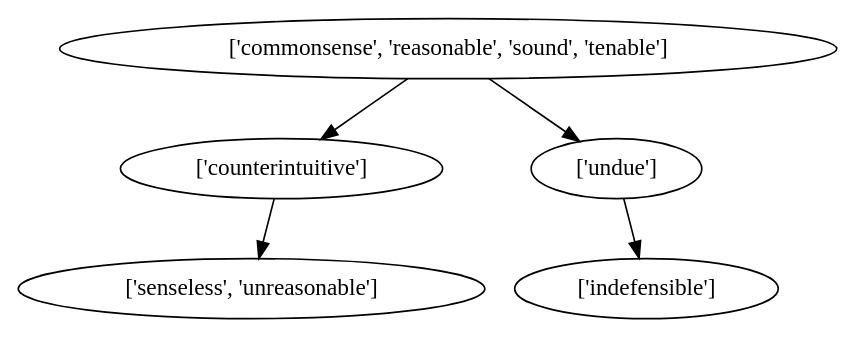
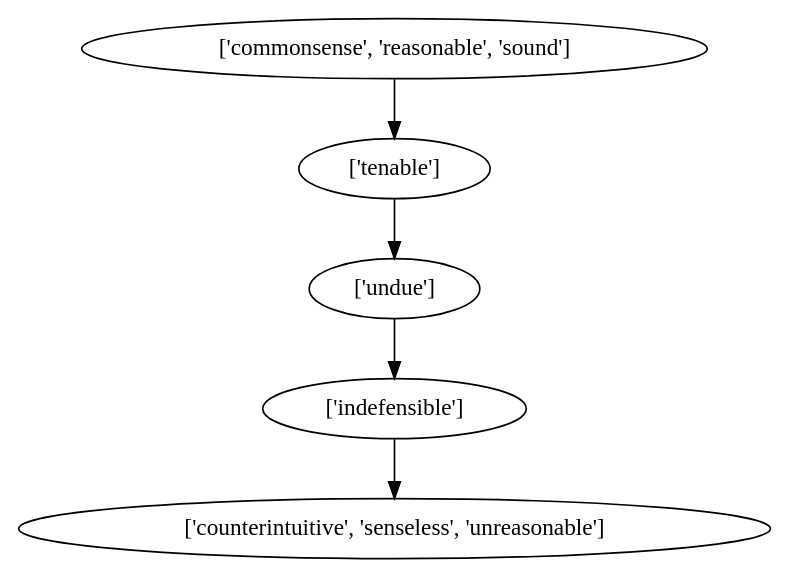
The diagram in graphs_with_eqs/dots/reasonableness.dot (bleonar5/mechanical_turk), drawn with Graphviz before and after one commit. The commit also changed 99 other files, not shown here.

```diff
--- a/graphs_with_eqs/dots/reasonableness.dot
+++ b/graphs_with_eqs/dots/reasonableness.dot
@@ -1,6 +1,6 @@
 strict digraph  {
-	"['commonsense', 'reasonable', 'sound', 'tenable']" -> "['counterintuitive']";
-	"['commonsense', 'reasonable', 'sound', 'tenable']" -> "['undue']";
-	"['counterintuitive']" -> "['senseless', 'unreasonable']";
+	"['commonsense', 'reasonable', 'sound']" -> "['tenable']";
+	"['tenable']" -> "['undue']";
+	"['indefensible']" -> "['counterintuitive', 'senseless', 'unreasonable']";
 	"['undue']" -> "['indefensible']";
 }
```
